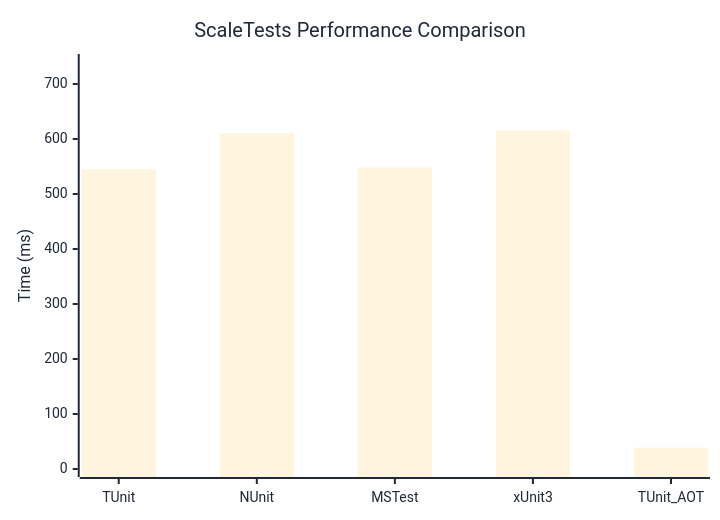
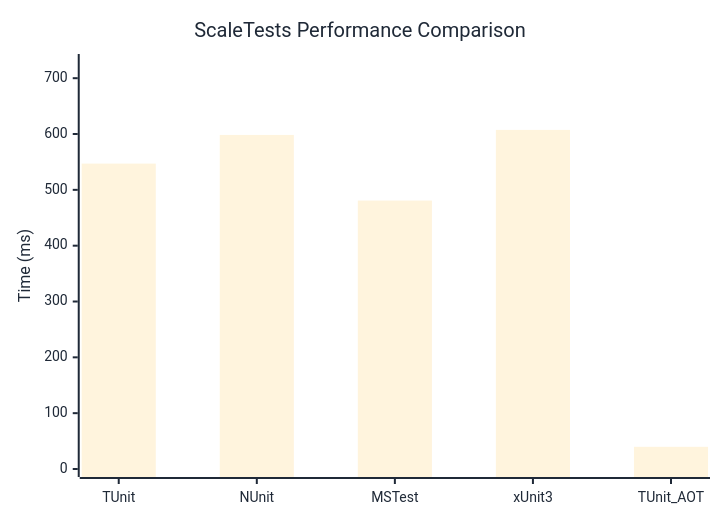
Before and after one commit to thomhurst/TUnit: the diagram in docs/docs/benchmarks/ScaleTests.md, drawn with Mermaid. The commit also changed other lines of this file and 17 other files, not shown here.

````diff
--- a/docs/docs/benchmarks/ScaleTests.md
+++ b/docs/docs/benchmarks/ScaleTests.md
@@ -27,37 +27,37 @@
 ```mermaid
 %%{init: {
   'theme':'base',
   'themeVariables': {
     'primaryColor': '#2563eb',
     'primaryTextColor': '#1f2937',
     'primaryBorderColor': '#1e40af',
     'lineColor': '#6b7280',
     'secondaryColor': '#7c3aed',
     'tertiaryColor': '#dc2626',
     'background': '#ffffff',
     'mainBkg': '#2563eb',
     'secondBkg': '#7c3aed',
     'tertiaryBkg': '#dc2626',
     'clusterBkg': '#f3f4f6',
     'edgeLabelBackground': '#ffffff',
     'tertiaryTextColor': '#1f2937',
     'pie1': '#2563eb',
     'pie2': '#7c3aed',
     'pie3': '#dc2626',
     'pie4': '#f59e0b',
     'pie5': '#10b981',
     'pie6': '#06b6d4',
     'pie7': '#ec4899',
     'pie8': '#6366f1',
     'pie9': '#84cc16',
     'pie10': '#f97316',
     'pie11': '#14b8a6',
     'pie12': '#a855f7'
   }
 }}%%
 xychart-beta
   title "ScaleTests Performance Comparison"
   x-axis ["TUnit", "NUnit", "MSTest", "xUnit3", "TUnit_AOT"]
-  y-axis "Time (ms)" 0 --> 740
-  bar [545.29, 610.99, 548.1, 615.92, 38.8]
+  y-axis "Time (ms)" 0 --> 729
+  bar [547.04, 598.37, 480.81, 607.37, 39.75]
 ```
````
